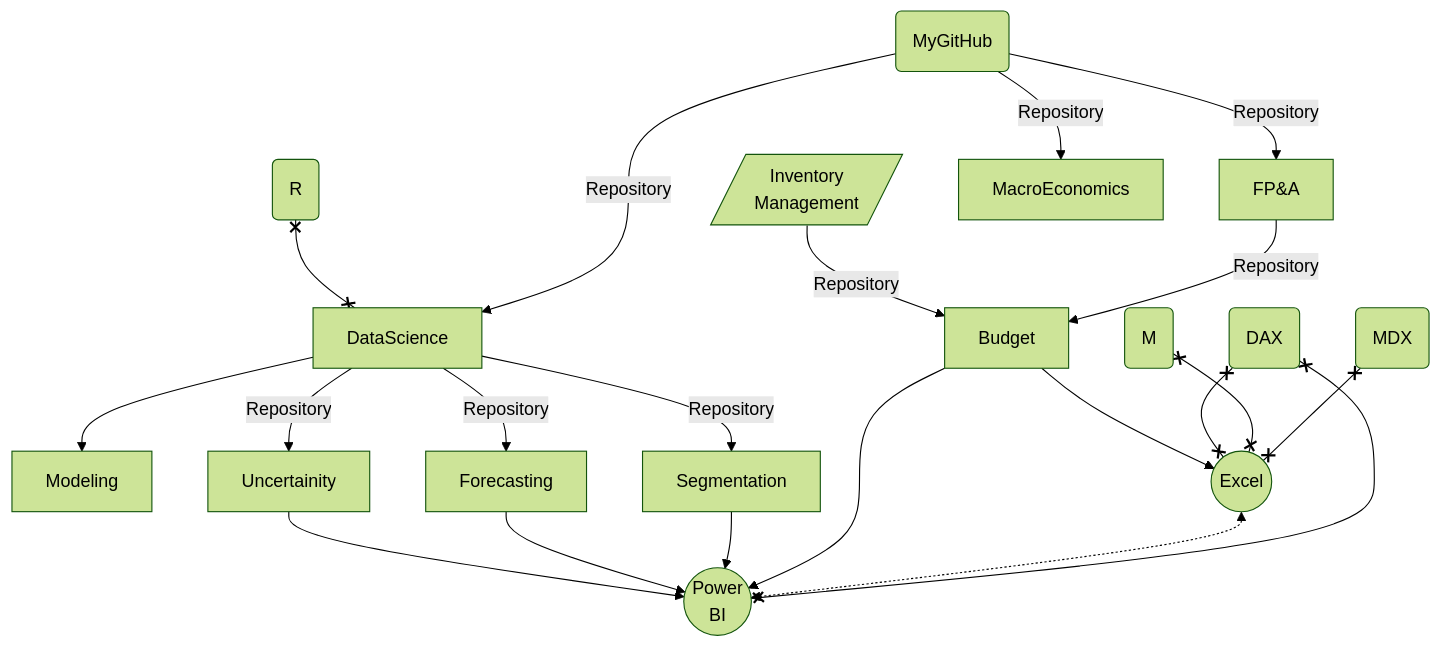
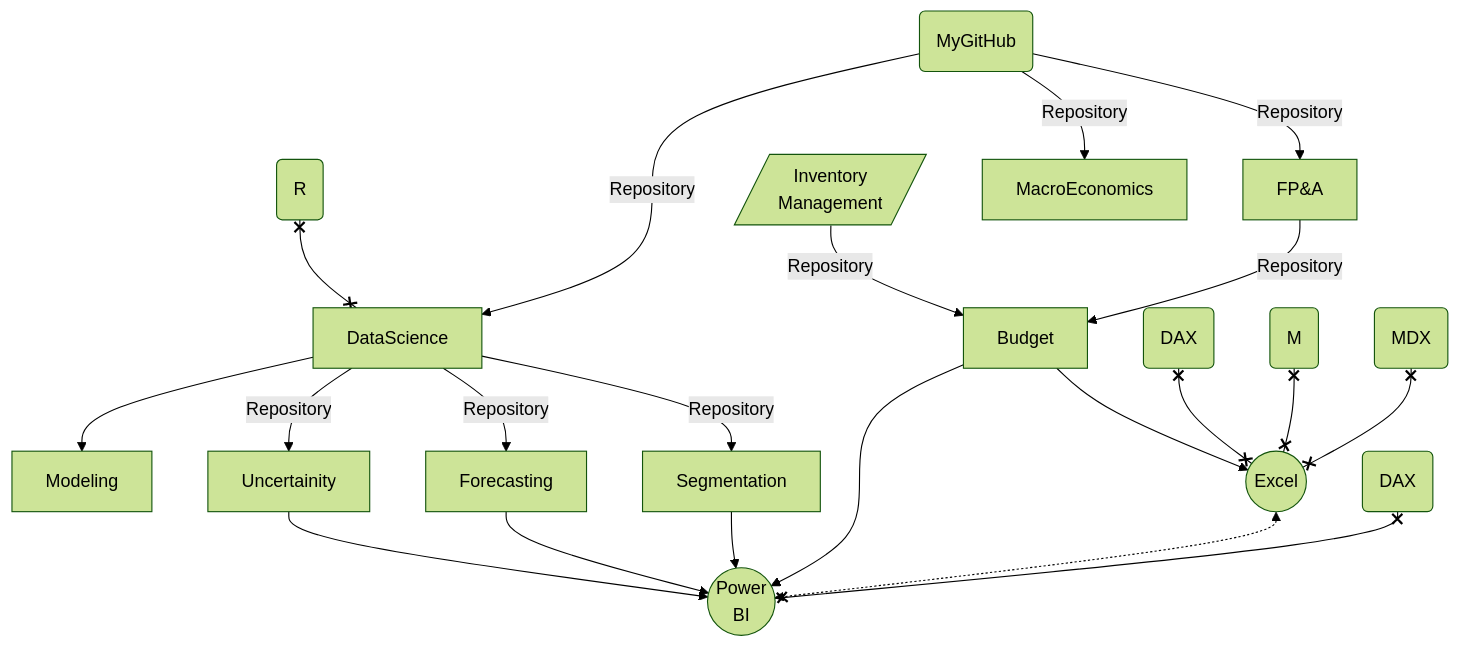
Before and after one commit to md3629/md3629: the diagram in README.md, drawn with Mermaid (forest theme).

````diff
--- a/README.md
+++ b/README.md
@@ -9,24 +9,24 @@
 ```mermaid
 graph TD;
     my(MyGitHub)-->|Repository|FP&A;
     Inv[/Inventory<br>Management/]-->|Repository|Budget;
     FP&A-->|Repository|Budget;
     R( R )x--xDataScience;
     my(MyGitHub)-->|Repository|DataScience;
     my(MyGitHub)-->|Repository|MacroEconomics;
     DataScience-->Modeling;
     DataScience--Repository-->Forecasting;
     DataScience--Repository-->Segmentation;
     DataScience--Repository-->Uncertainity;
     Uncertainity-->P((Power<br>BI));
     Forecasting-->P((Power<br>BI));
     Segmentation-->P((Power<br>BI));
     Budget-->P((Power<br>BI));
     Budget-->E((Excel));
     D(DAX)x--xE((Excel));
     M(M)x--xE((Excel));
     E((Excel))<-.->P((Power<br>BI));
     A(MDX)x--xE((Excel));
-    D(DAX)x--xP((Power<br>BI));
+    DD(DAX)x--xP((Power<br>BI));
 
 ```
````
